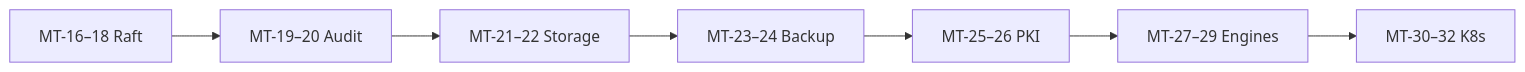
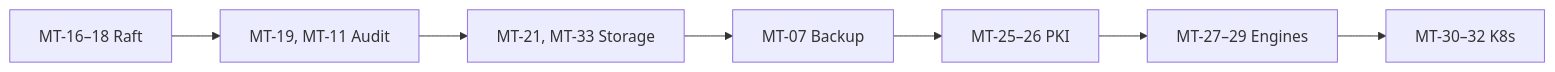
The third of 3 diagrams in docs/engineering/manual-testing-strategy.md (kubenexis/knxvault), drawn with Mermaid before and after one commit. The commit also changed other lines of this file and 1 other file, not shown here.

````diff
--- a/docs/engineering/manual-testing-strategy.md
+++ b/docs/engineering/manual-testing-strategy.md
@@ -2379,12 +2013,12 @@
 ```mermaid
 flowchart LR
   raft[MT-16–18 Raft]
-  audit[MT-19–20 Audit]
-  store[MT-21–22 Storage]
-  backup[MT-23–24 Backup]
+  audit[MT-19, MT-11 Audit]
+  store[MT-21, MT-33 Storage]
+  backup[MT-07 Backup]
   pki[MT-25–26 PKI]
   engines[MT-27–29 Engines]
   k8s[MT-30–32 K8s]
 
   raft --> audit --> store --> backup --> pki --> engines --> k8s
 ```
````
